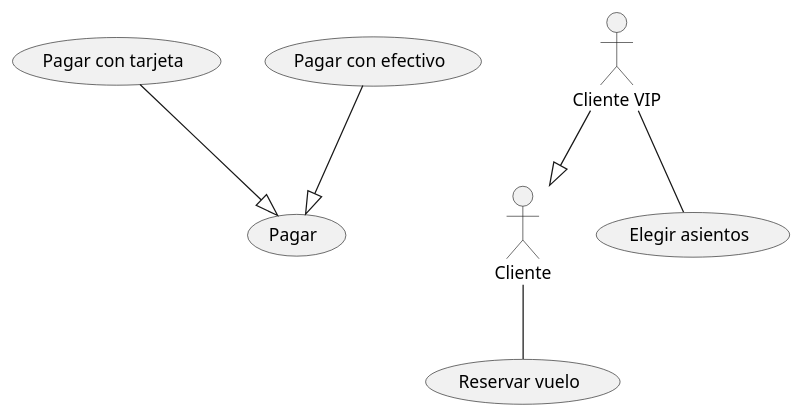
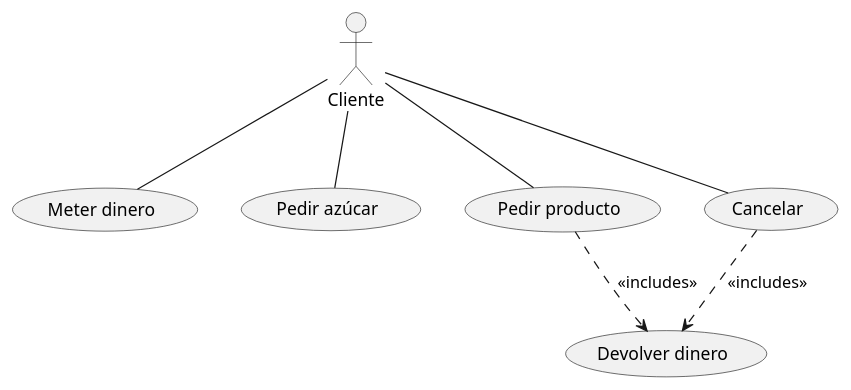
Before and after one commit to JaimeSoftDev/Practica1UD12UML-Jaime-Macia-Mora: the diagram in Practica1UD12/src/PrimeraPracticaUML.puml, drawn with PlantUML.

Commit message:
Ejemplo: La máquina de café

```diff
--- a/Practica1UD12/src/PrimeraPracticaUML.puml
+++ b/Practica1UD12/src/PrimeraPracticaUML.puml
@@ -1,15 +1,14 @@
 @startuml
-(Pagar) as UC1
-(Pagar con tarjeta) as UC2
-(Pagar con efectivo) as UC3
-UC2--|>UC1
-UC3--|>UC1
-
 :Cliente: as actor1
-:Cliente VIP: as actor2
-(Reservar vuelo) as UC4
-(Elegir asientos) as UC5
-actor2 --|> actor1
+(Meter dinero) as UC1
+(Pedir azúcar) as UC2
+(Pedir producto) as UC3
+(Cancelar) as UC4
+(Devolver dinero) as UC5
+actor1 -- UC1
+actor1 -- UC2
+actor1 -- UC3
 actor1 -- UC4
-actor2 -- UC5
+UC3 ..> UC5 : <<includes>>
+UC4 ..> UC5 : <<includes>>
 @enduml
```
